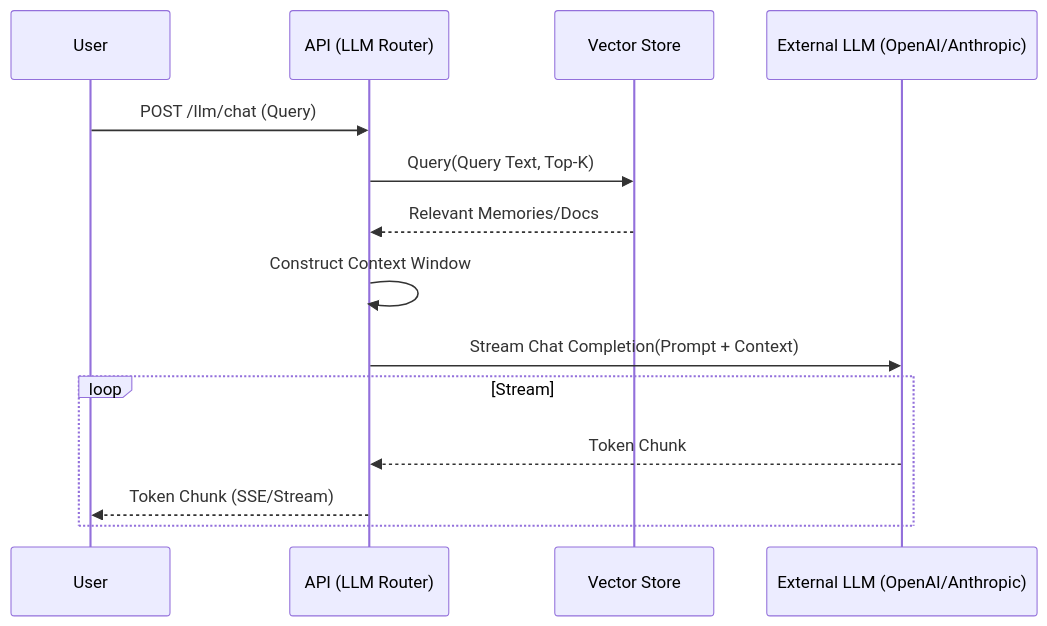
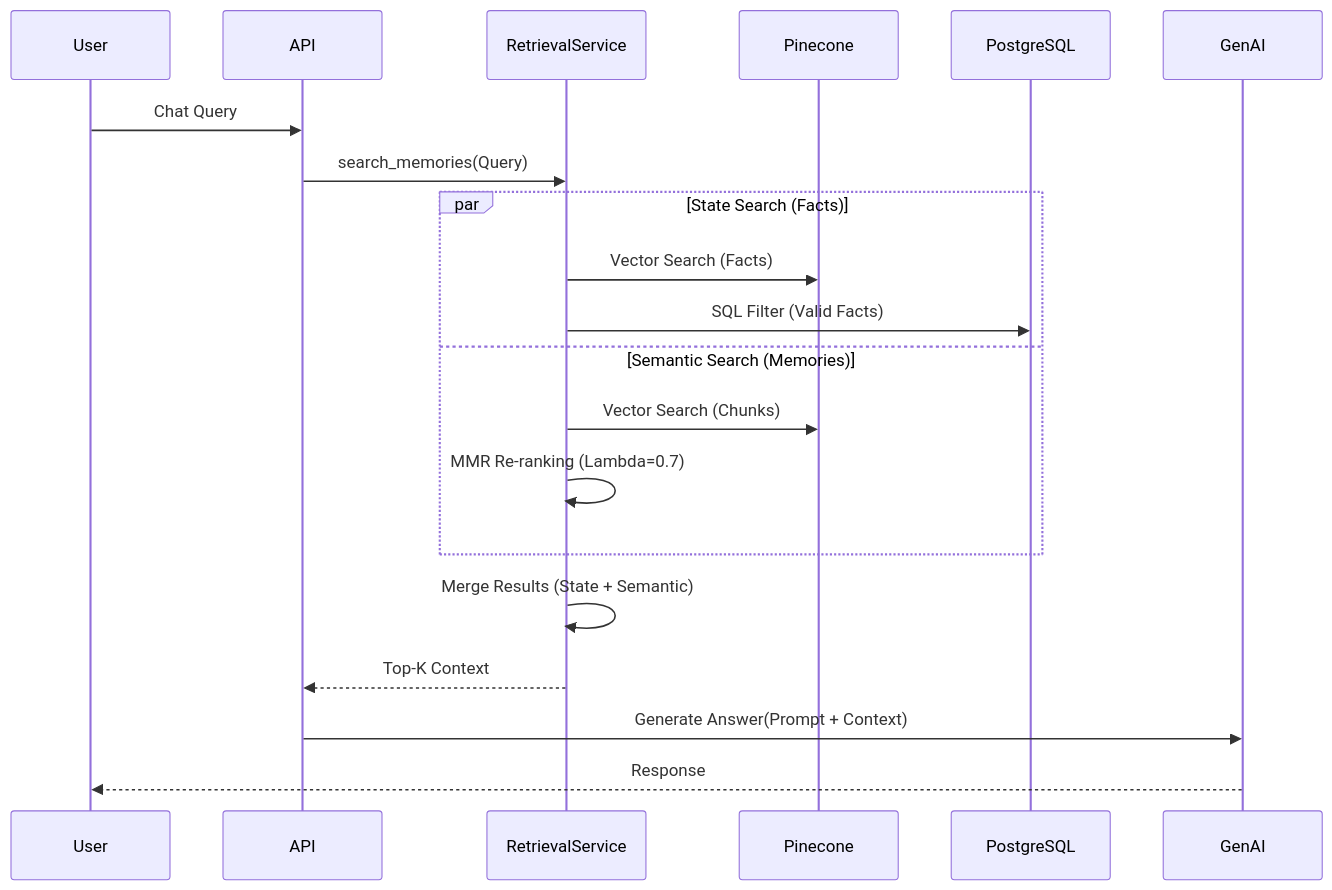
The third of 4 diagrams in system_design.md (ramblinghermit0403/Memwyre), drawn with Mermaid before and after one commit. The commit also changed other lines of this file and 35 other files, not shown here.

````diff
--- a/system_design.md
+++ b/system_design.md
@@ -79,17 +94,26 @@
 ```mermaid
 sequenceDiagram
     participant User
-    participant API as API (LLM Router)
-    participant Vector as Vector Store
-    participant Provider as External LLM (OpenAI/Anthropic)
+    participant API
+    participant RetSvc as RetrievalService
+    participant Vector as Pinecone
+    participant DB as PostgreSQL
+    participant LLM as GenAI
+
+    User->>API: Chat Query
+    API->>RetSvc: search_memories(Query)
     
-    User->>API: POST /llm/chat (Query)
-    API->>Vector: Query(Query Text, Top-K)
-    Vector-->>API: Relevant Memories/Docs
-    API->>API: Construct Context Window
-    API->>Provider: Stream Chat Completion(Prompt + Context)
-    loop Stream
-        Provider-->>API: Token Chunk
-        API-->>User: Token Chunk (SSE/Stream)
+    par State Search (Facts)
+        RetSvc->>Vector: Vector Search (Facts)
+        RetSvc->>DB: SQL Filter (Valid Facts)
+    and Semantic Search (Memories)
+        RetSvc->>Vector: Vector Search (Chunks)
+        RetSvc->>RetSvc: MMR Re-ranking (Lambda=0.7)
     end
+    
+    RetSvc->>RetSvc: Merge Results (State + Semantic)
+    RetSvc-->>API: Top-K Context
+    
+    API->>LLM: Generate Answer(Prompt + Context)
+    LLM-->>User: Response
 ```
````
